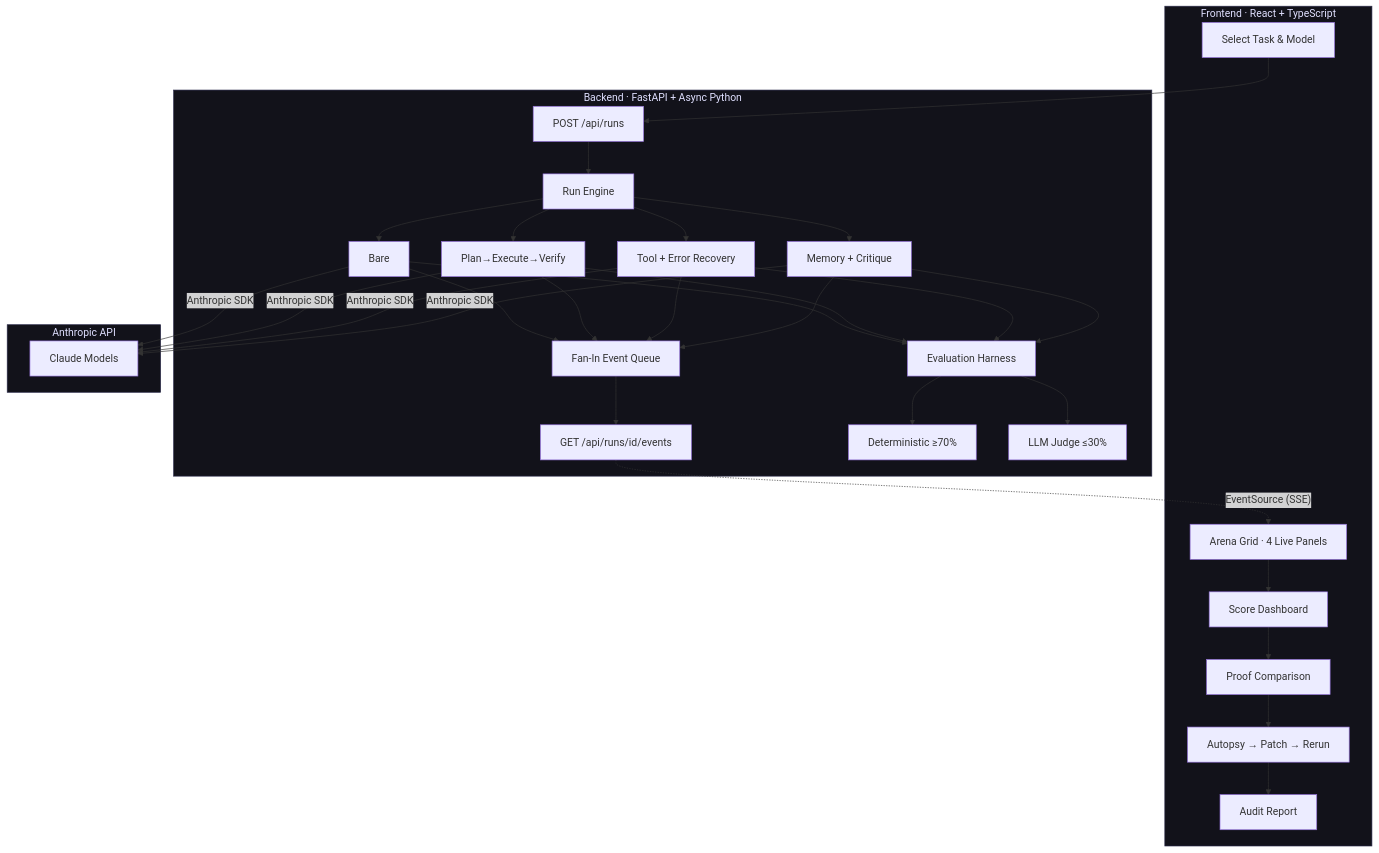
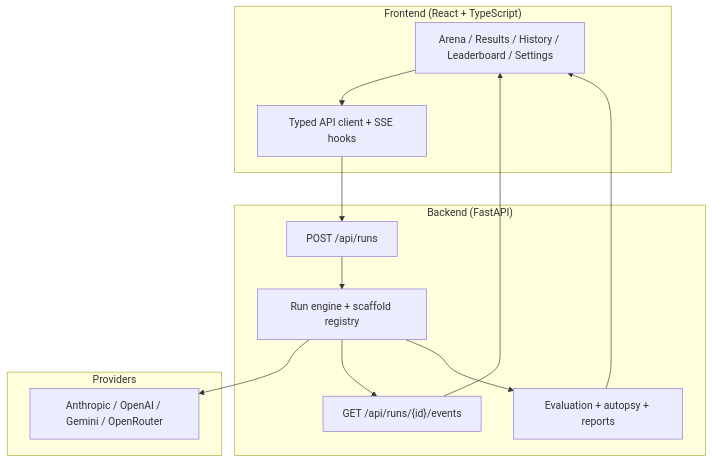
Before and after one commit to jlov7/scaffold-arena: the diagram in README.md, drawn with Mermaid. The commit also changed other lines of this file and 270 other files, not shown here.

First line of the commit message:
feat: ship lane-based Scaffold Arena workbench and docs platform

````diff
--- a/README.md
+++ b/README.md
@@ -82,44 +48,23 @@
 ```mermaid
 graph TB
-    subgraph Frontend["Frontend · React + TypeScript"]
-        UI["Select Task & Model"]
-        Grid["Arena Grid · 4 Live Panels"]
-        Score["Score Dashboard"]
-        Proof["Proof Comparison"]
-        Fix["Autopsy → Patch → Rerun"]
-        Report["Audit Report"]
+    subgraph FE["Frontend (React + TypeScript)"]
+      A["Arena / Results / History / Leaderboard / Settings"]
+      B["Typed API client + SSE hooks"]
     end
 
-    subgraph Backend["Backend · FastAPI + Async Python"]
-        API["POST /api/runs"]
-        Engine["Run Engine"]
-        S1["Bare"]
-        S2["Plan→Execute→Verify"]
-        S3["Tool + Error Recovery"]
-        S4["Memory + Critique"]
-        Queue["Fan-In Event Queue"]
-        SSE["GET /api/runs/id/events"]
-        Eval["Evaluation Harness"]
-        Det["Deterministic ≥70%"]
-        Judge["LLM Judge ≤30%"]
+    subgraph BE["Backend (FastAPI)"]
+      C["POST /api/runs"]
+      D["GET /api/runs/{id}/events"]
+      E["Run engine + scaffold registry"]
+      F["Evaluation + autopsy + reports"]
     end
 
-    subgraph Claude["Anthropic API"]
-        LLM["Claude Models"]
+    subgraph LLM["Providers"]
+      G["Anthropic / OpenAI / Gemini / OpenRouter"]
     end
 
-    UI --> API
-    API --> Engine
-    Engine --> S1 & S2 & S3 & S4
-    S1 & S2 & S3 & S4 --> Queue
-    Queue --> SSE
-    SSE -.->|"EventSource (SSE)"| Grid
-    Grid --> Score --> Proof --> Fix --> Report
-    S1 & S2 & S3 & S4 -->|"Anthropic SDK"| LLM
-    S1 & S2 & S3 & S4 --> Eval
-    Eval --> Det & Judge
-
-    style Frontend fill:#12121a,stroke:#2a2a4a,color:#e0e0ff
-    style Backend fill:#12121a,stroke:#2a2a4a,color:#e0e0ff
-    style Claude fill:#12121a,stroke:#2a2a4a,color:#e0e0ff
+    A --> B --> C
+    C --> E --> G
+    E --> D --> A
+    E --> F --> A
 ```
````
